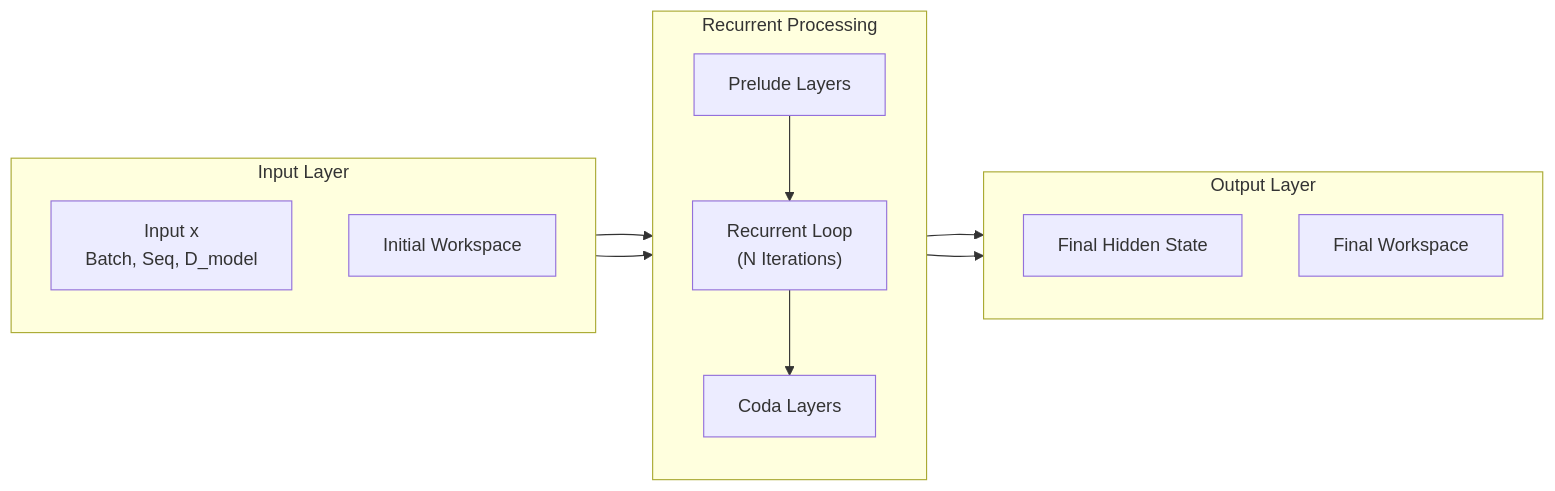
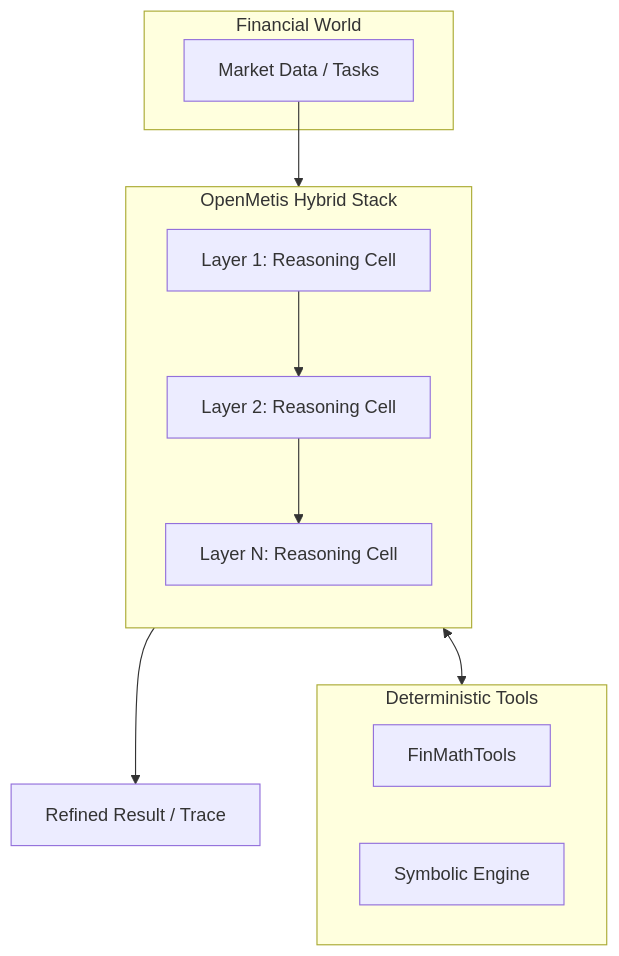
One commit to Neutron-Binary-LLC/OpenMetis changed the first of 6 diagrams in README.md. Above: the diagram before and after it, drawn with Mermaid. The commit also changed other lines of this file and 2 other files, not shown here.

Commit message:
Rename project to "OpenMetis" and update README with revised architecture, expanded features, and financial mathematics focus.

````diff
--- a/README.md
+++ b/README.md
@@ -16,31 +16,27 @@
 ```mermaid
-graph LR
-    subgraph Input_Space [Input Layer]
-        direction TB
-        X[Input x<br/>Batch, Seq, D_model]
-        InitWS[Initial Workspace]
+graph TD
+    subgraph World_Env [Financial World]
+        Data[Market Data / Tasks]
     end
 
-    subgraph Recurrent_Stack [Recurrent Processing]
+    subgraph Stack [OpenMetis Hybrid Stack]
         direction TB
-        Prelude[Prelude Layers]
-        Loop["Recurrent Loop<br/>(N Iterations)"]
-        Coda[Coda Layers]
+        L1[Layer 1: Reasoning Cell]
+        L2[Layer 2: Reasoning Cell]
+        LN[Layer N: Reasoning Cell]
         
-        Prelude --> Loop --> Coda
+        L1 --> L2 --> LN
     end
 
-    subgraph Output_Space [Output Layer]
-        direction TB
-        Hidden[Final Hidden State]
-        FinalWS[Final Workspace]
+    subgraph Tools [Deterministic Tools]
+        FMT[FinMathTools]
+        Sym[Symbolic Engine]
     end
 
-    X --> Prelude
-    InitWS --> Loop
-    Coda --> Hidden
-    Loop --> FinalWS
+    Data --> L1
+    Stack <--> Tools
+    LN --> Output[Refined Result / Trace]
 
-%%    style Recurrent_Stack fill:#1a1a1a,stroke:#aaaaaa,stroke-width:2px,color:#ffffff
-%%    style Input_Space fill:#141414,stroke:#999999,stroke-width:2px,color:#ffffff
+%%    style Stack fill:#1a1a1a,stroke:#aaaaaa,stroke-width:2px,color:#ffffff
+%%    style Tools fill:#141414,stroke:#999999,stroke-width:2px,color:#ffffff
 ```
````
